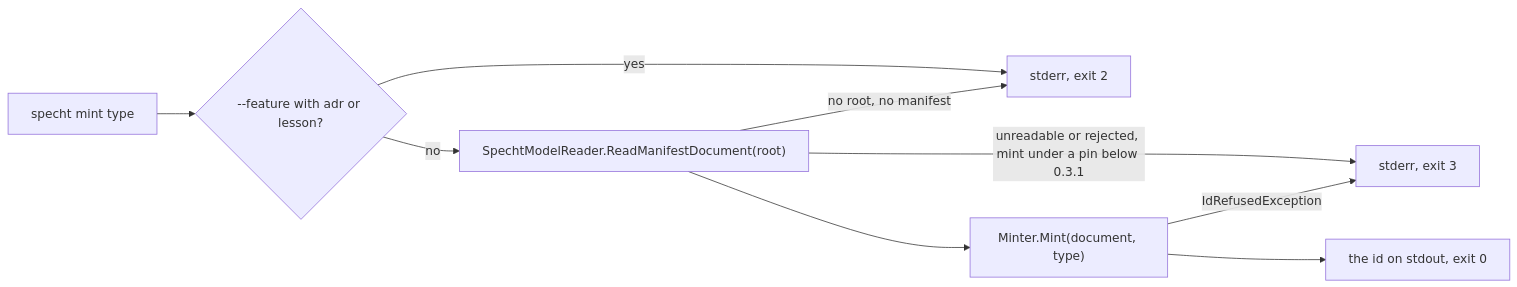
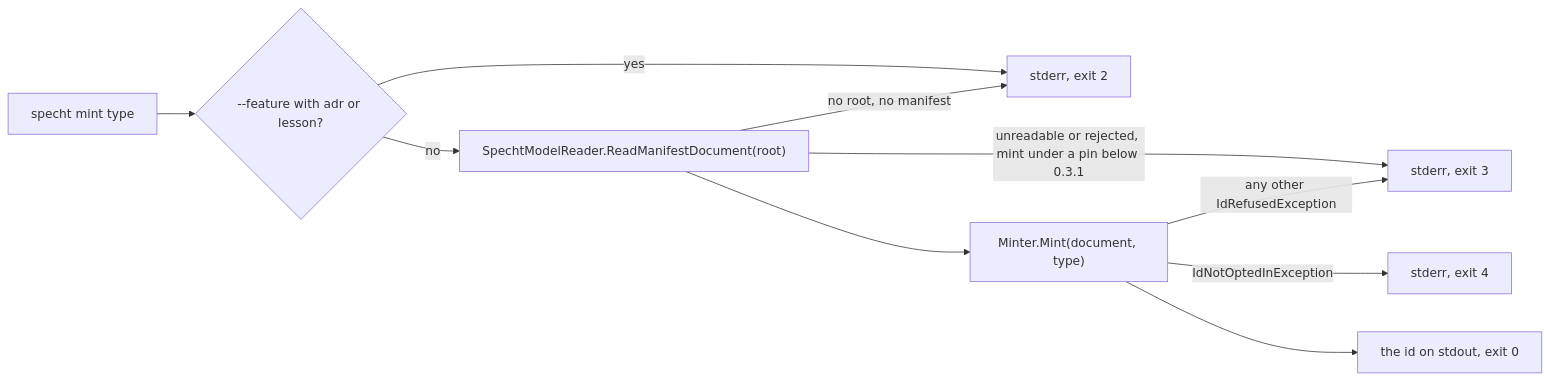
The second of 2 diagrams in src/specht/Identifiers/.spec/README.md (RLittlesII/specht), drawn with Mermaid before and after one commit. The commit also changed other lines of this file and 11 other files, not shown here.

First line of the commit message:
task(0415): exit 4 for a type not opted in; B-043 covers C-13's types

````diff
--- a/src/specht/Identifiers/.spec/README.md
+++ b/src/specht/Identifiers/.spec/README.md
@@ -268,11 +268,12 @@
 ```mermaid
 flowchart LR
     A["specht mint type"] --> F{"--feature with adr or lesson?"}
     F -- yes --> E2["stderr, exit 2"]
     F -- no --> M["SpechtModelReader.ReadManifestDocument(root)"]
     M -- "no root, no manifest" --> E2
     M -- "unreadable or rejected, mint under a pin below 0.3.1" --> E3["stderr, exit 3"]
     M --> N["Minter.Mint(document, type)"]
-    N -- IdRefusedException --> E3
+    N -- IdNotOptedInException --> E4["stderr, exit 4"]
+    N -- "any other IdRefusedException" --> E3
     N --> O["the id on stdout, exit 0"]
 ```
````
